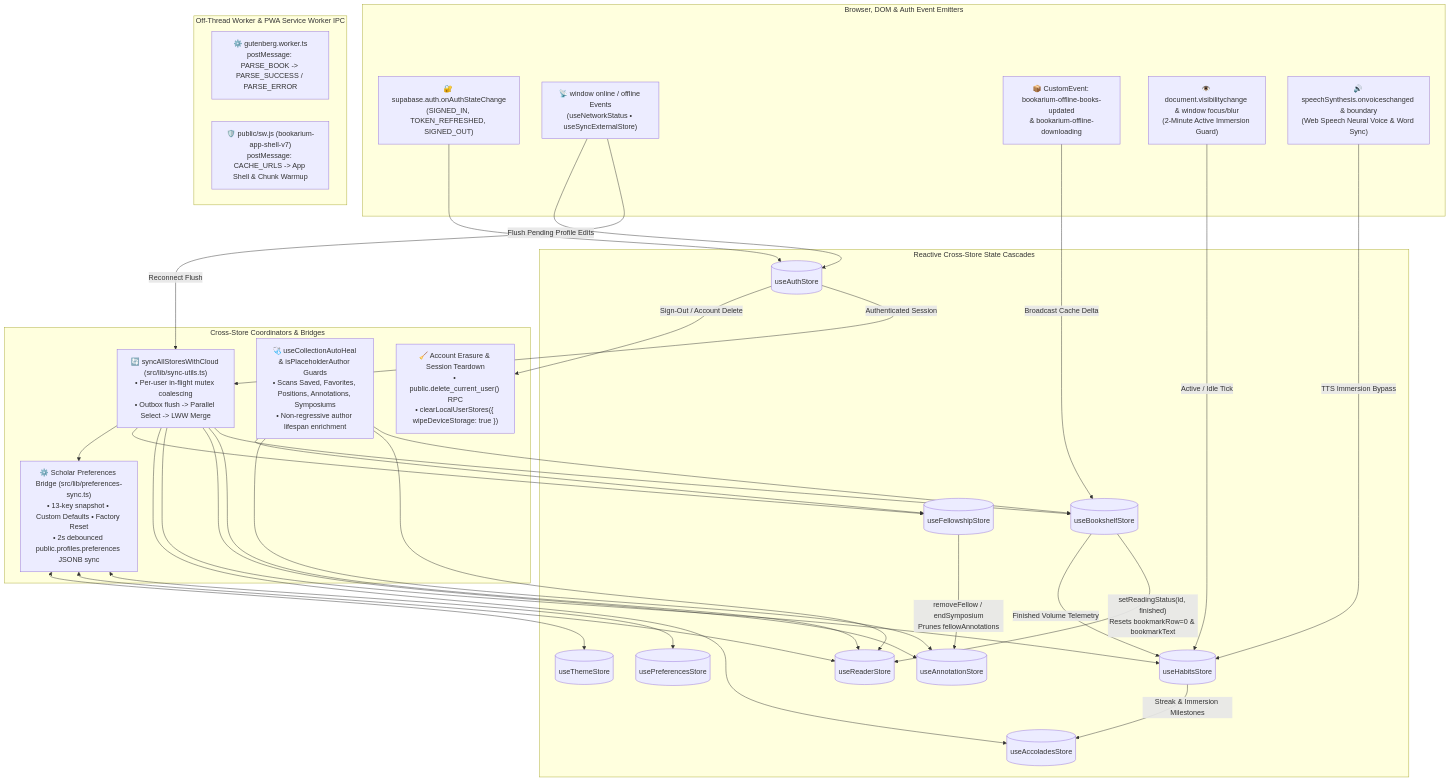
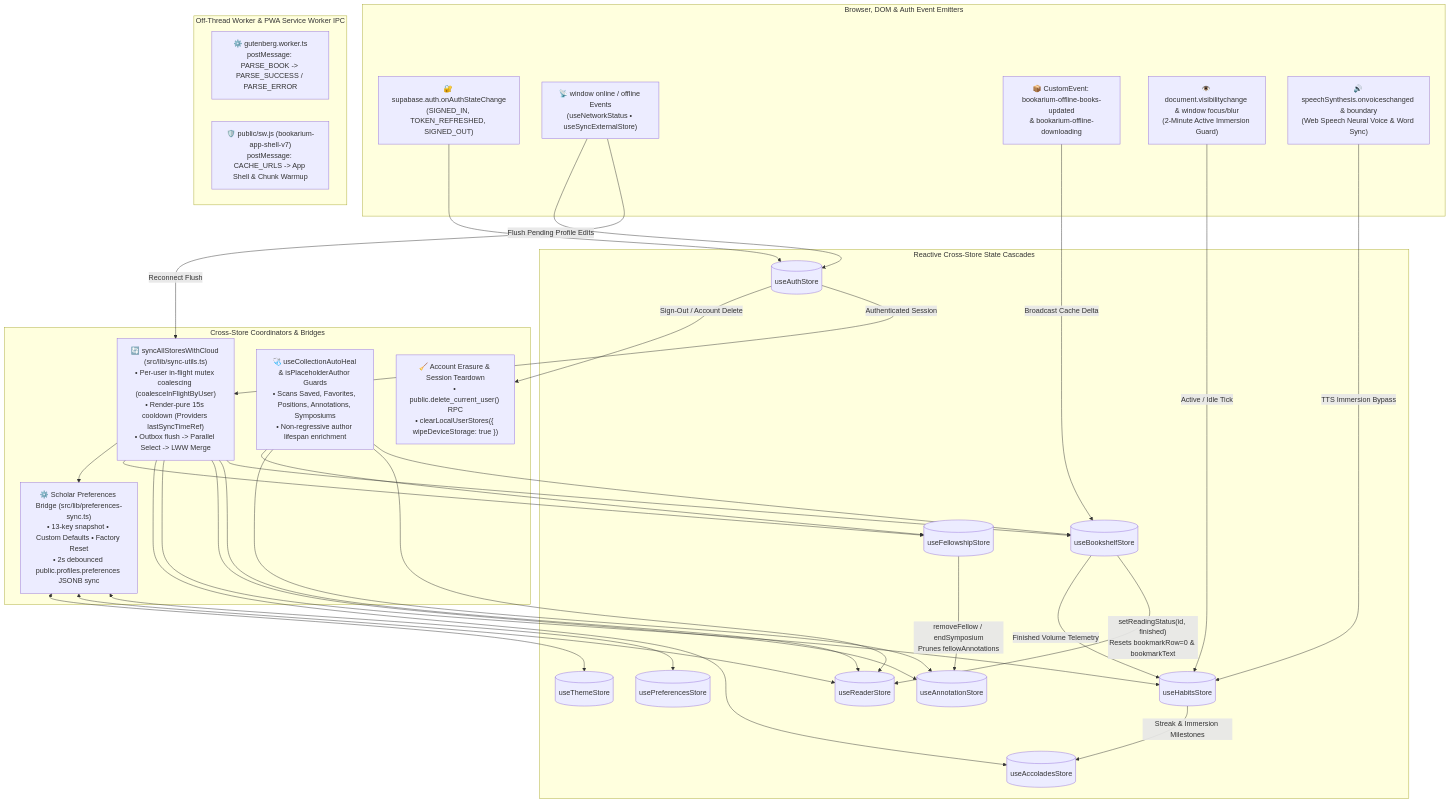
The fourth of 13 diagrams in docs/ARCHITECTURE.md (calin-m/Bookarium), drawn with Mermaid before and after one commit. The commit also changed other lines of this file and 64 other files, not shown here.

First line of the commit message:
perf(sync,cache,test): coalesce Supabase auth/store syncs, enforce 15s cooldowns, align server/Edge caching and fail-closed MSW isolation

````diff
--- a/docs/ARCHITECTURE.md
+++ b/docs/ARCHITECTURE.md
@@ -559,61 +559,61 @@
 ```mermaid
 flowchart TD
     subgraph BrowserEvents ["Browser, DOM & Auth Event Emitters"]
         EvtAuth["🔐 supabase.auth.onAuthStateChange\n(SIGNED_IN, TOKEN_REFRESHED, SIGNED_OUT)"]
         EvtOnline["📡 window online / offline Events\n(useNetworkStatus • useSyncExternalStore)"]
         EvtIDB["📦 CustomEvent: bookarium-offline-books-updated\n& bookarium-offline-downloading"]
         EvtVis["👁️ document.visibilitychange & window focus/blur\n(2-Minute Active Immersion Guard)"]
         EvtSpeech["🔊 speechSynthesis.onvoiceschanged & boundary\n(Web Speech Neural Voice & Word Sync)"]
     end
 
     subgraph Coordinators ["Cross-Store Coordinators & Bridges"]
-        SyncCoord["🔄 syncAllStoresWithCloud (src/lib/sync-utils.ts)\n• Per-user in-flight mutex coalescing\n• Outbox flush -> Parallel Select -> LWW Merge"]
+        SyncCoord["🔄 syncAllStoresWithCloud (src/lib/sync-utils.ts)\n• Per-user in-flight mutex coalescing (coalesceInFlightByUser)\n• Render-pure 15s cooldown (Providers lastSyncTimeRef)\n• Outbox flush -> Parallel Select -> LWW Merge"]
         PrefsBridge["⚙️ Scholar Preferences Bridge (src/lib/preferences-sync.ts)\n• 13-key snapshot • Custom Defaults • Factory Reset\n• 2s debounced public.profiles.preferences JSONB sync"]
         AutoHeal["🩺 useCollectionAutoHeal & isPlaceholderAuthor Guards\n• Scans Saved, Favorites, Positions, Annotations, Symposiums\n• Non-regressive author lifespan enrichment"]
         Teardown["🧹 Account Erasure & Session Teardown\n• public.delete_current_user() RPC\n• clearLocalUserStores({ wipeDeviceStorage: true })"]
     end
 
     subgraph StoreCascades ["Reactive Cross-Store State Cascades"]
         SAuth[("useAuthStore")]
         SShelf[("useBookshelfStore")]
         SReader[("useReaderStore")]
         SHabits[("useHabitsStore")]
         SAccolades[("useAccoladesStore")]
         SFellow[("useFellowshipStore")]
         SAnnot[("useAnnotationStore")]
         SPrefs[("usePreferencesStore")]
         STheme[("useThemeStore")]
     end
 
     subgraph WorkerIPC ["Off-Thread Worker & PWA Service Worker IPC"]
         ParserWorker["⚙️ gutenberg.worker.ts\npostMessage: PARSE_BOOK -> PARSE_SUCCESS / PARSE_ERROR"]
         SWChannel["🛡️ public/sw.js (bookarium-app-shell-v7)\npostMessage: CACHE_URLS -> App Shell & Chunk Warmup"]
     end
 
     EvtAuth --> SAuth
     SAuth -->|"Authenticated Session"| SyncCoord
     SAuth -->|"Sign-Out / Account Delete"| Teardown
     EvtOnline -->|"Reconnect Flush"| SyncCoord
     EvtOnline -->|"Flush Pending Profile Edits"| SAuth
     SyncCoord --> SShelf
     SyncCoord --> SReader
     SyncCoord --> SAnnot
     SyncCoord --> SHabits
     SyncCoord --> SAccolades
     SyncCoord --> SFellow
     SyncCoord --> PrefsBridge
     PrefsBridge <--> SPrefs
     PrefsBridge <--> SReader
     PrefsBridge <--> STheme
     SShelf -->|"setReadingStatus(id, finished)\nResets bookmarkRow=0 & bookmarkText"| SReader
     SShelf -->|"Finished Volume Telemetry"| SHabits
     SHabits -->|"Streak & Immersion Milestones"| SAccolades
     SFellow -->|"removeFellow / endSymposium\nPrunes fellowAnnotations"| SAnnot
     EvtIDB -->|"Broadcast Cache Delta"| SShelf
     EvtVis -->|"Active / Idle Tick"| SHabits
     EvtSpeech -->|"TTS Immersion Bypass"| SHabits
     AutoHeal --> SShelf
     AutoHeal --> SReader
     AutoHeal --> SAnnot
     AutoHeal --> SFellow
 ```
````
